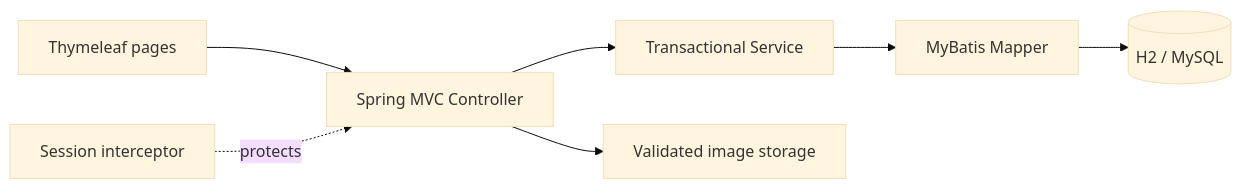
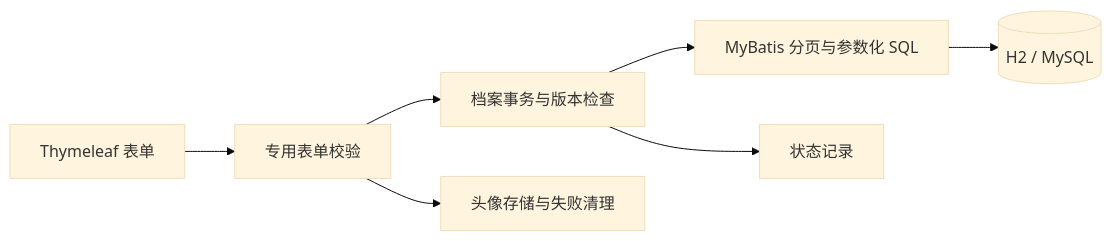
One commit to GFLabandon/user-management changed the diagram in README.md. Above: the diagram before and after it, drawn with Mermaid (base theme). The commit also changed other lines of this file and 65 other files, not shown here.

````diff
--- a/README.md
+++ b/README.md
@@ -31,9 +70,9 @@
 ```mermaid
 flowchart LR
-    Browser["Thymeleaf pages"] --> Controller["Spring MVC Controller"]
-    Controller --> Service["Transactional Service"]
-    Service --> Mapper["MyBatis Mapper"]
-    Mapper --> Database[("H2 / MySQL")]
-    Controller --> Storage["Validated image storage"]
-    Interceptor["Session interceptor"] -. protects .-> Controller
+    Browser[Thymeleaf 表单] --> Controller[专用表单校验]
+    Controller --> Service[档案事务与版本检查]
+    Service --> Mapper[MyBatis 分页与参数化 SQL]
+    Mapper --> DB[(H2 / MySQL)]
+    Service --> History[状态记录]
+    Controller --> Storage[头像存储与失败清理]
 ```
````
